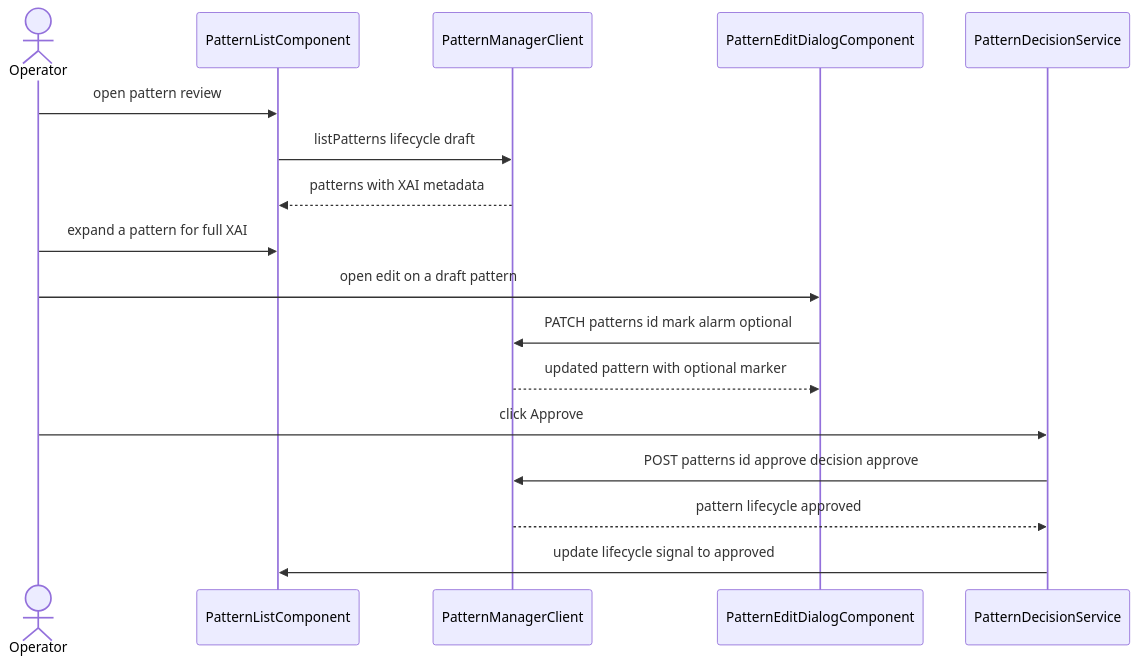
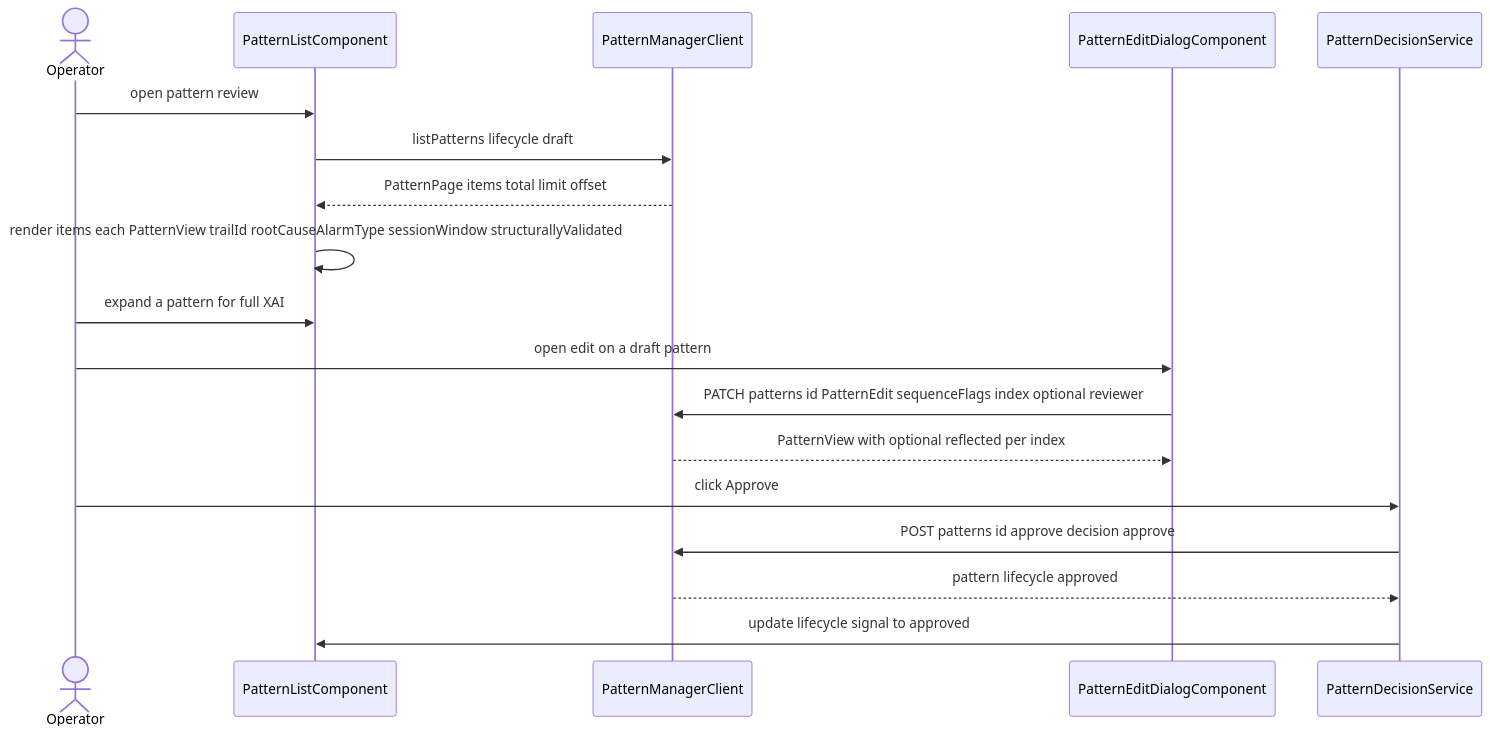
One commit to nikhilmohan/correlation-platform changed the ninth of 13 diagrams in services/web-ui/design.md. Above: the diagram before and after it, drawn with Mermaid. The commit also changed other lines of this file and 20 other files, not shown here.

````diff
--- a/services/web-ui/design.md
+++ b/services/web-ui/design.md
@@ -613,19 +839,20 @@
 ```mermaid
 sequenceDiagram
   actor Operator
   participant List as PatternListComponent
   participant PMC as PatternManagerClient
   participant Edit as PatternEditDialogComponent
   participant Dec as PatternDecisionService
   Operator->>List: open pattern review
   List->>PMC: listPatterns lifecycle draft
-  PMC-->>List: patterns with XAI metadata
+  PMC-->>List: PatternPage items total limit offset
+  List->>List: render items each PatternView trailId rootCauseAlarmType sessionWindow structurallyValidated
   Operator->>List: expand a pattern for full XAI
   Operator->>Edit: open edit on a draft pattern
-  Edit->>PMC: PATCH patterns id mark alarm optional
-  PMC-->>Edit: updated pattern with optional marker
+  Edit->>PMC: PATCH patterns id PatternEdit sequenceFlags index optional reviewer
+  PMC-->>Edit: PatternView with optional reflected per index
   Operator->>Dec: click Approve
   Dec->>PMC: POST patterns id approve decision approve
   PMC-->>Dec: pattern lifecycle approved
   Dec->>List: update lifecycle signal to approved
 ```
````
